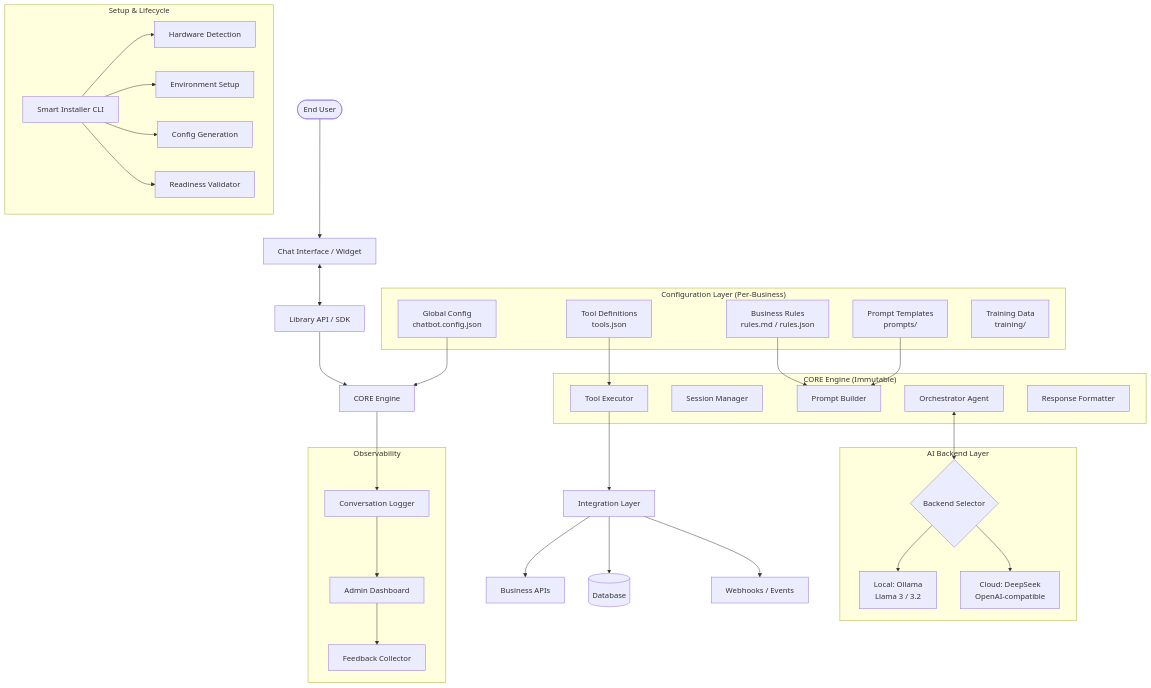
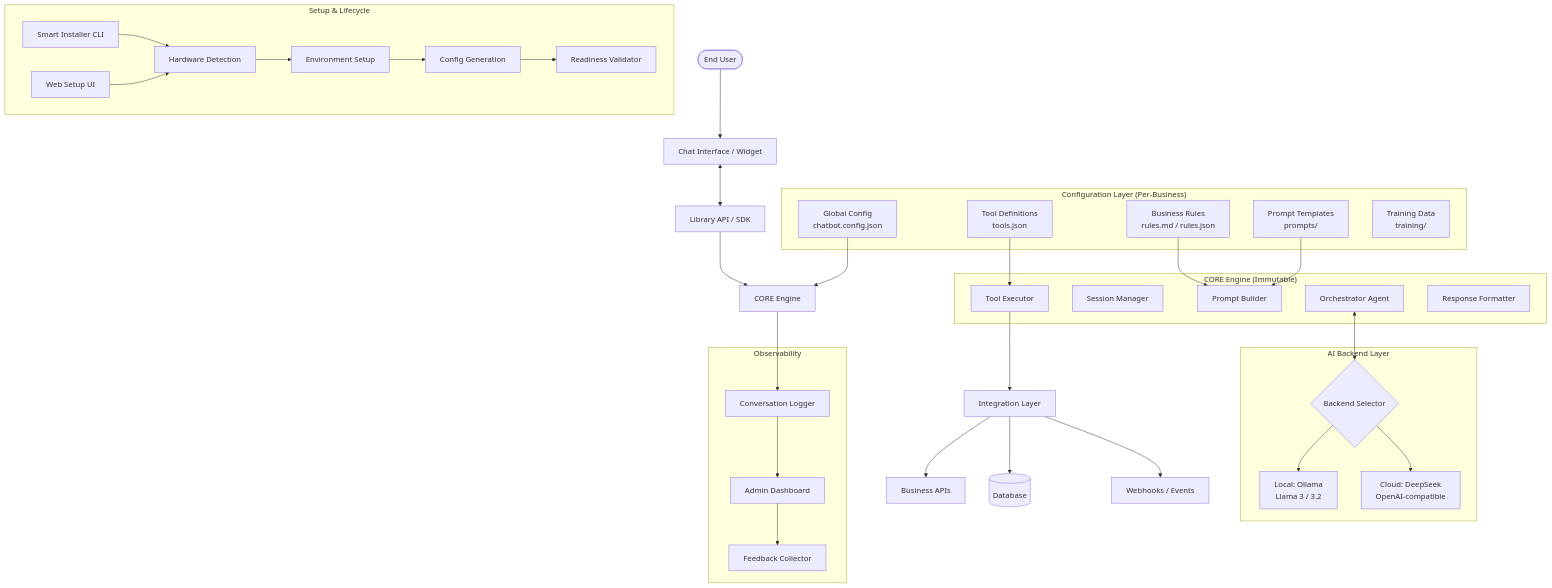
Before and after one commit to MarvinQuevedo/chatbot_ia_lib: the first of 5 diagrams in docs/ARCHITECTURE.md, drawn with Mermaid. The commit also changed other lines of this file and 4 other files, not shown here.

Commit message:
feat: Introduce a web-based setup UI and refactor the installer to support both CLI and web-based initialization.

````diff
--- a/docs/ARCHITECTURE.md
+++ b/docs/ARCHITECTURE.md
@@ -14,58 +14,62 @@
 ```mermaid
 graph TD
     User([End User]) --> UI[Chat Interface / Widget]
     UI <--> API[Library API / SDK]
     
     API --> Core[CORE Engine]
     
     subgraph "CORE Engine (Immutable)"
         Orchestrator[Orchestrator Agent]
         SessionMgr[Session Manager]
         PromptBuilder[Prompt Builder]
         ToolExecutor[Tool Executor]
         ResponseFormatter[Response Formatter]
     end
     
     subgraph "Configuration Layer (Per-Business)"
         Rules[Business Rules<br/>rules.md / rules.json]
         Tools[Tool Definitions<br/>tools.json]
         Prompts[Prompt Templates<br/>prompts/]
         Config[Global Config<br/>chatbot.config.json]
         Training[Training Data<br/>training/]
     end
     
     Config --> Core
     Rules --> PromptBuilder
     Prompts --> PromptBuilder
     Tools --> ToolExecutor
     
     subgraph "AI Backend Layer"
         Selector{Backend Selector}
         Selector --> Ollama[Local: Ollama<br/>Llama 3 / 3.2]
         Selector --> Cloud[Cloud: DeepSeek<br/>OpenAI-compatible]
     end
     
     Orchestrator <--> Selector
     ToolExecutor --> Integration[Integration Layer]
     Integration --> BizAPI[Business APIs]
     Integration --> DB[(Database)]
     Integration --> Webhooks[Webhooks / Events]
     
     subgraph "Setup & Lifecycle"
-        Installer[Smart Installer CLI]
-        Installer --> HWDetect[Hardware Detection]
-        Installer --> EnvSetup[Environment Setup]
-        Installer --> ConfigGen[Config Generation]
-        Installer --> Validator[Readiness Validator]
+        InstallerCLI[Smart Installer CLI]
+        InstallerWeb[Web Setup UI]
+        
+        InstallerCLI --> HWDetect[Hardware Detection]
+        InstallerWeb --> HWDetect
+        
+        HWDetect --> EnvSetup[Environment Setup]
+        EnvSetup --> ConfigGen[Config Generation]
+        ConfigGen --> Validator[Readiness Validator]
     end
     
     subgraph "Observability"
         Logger[Conversation Logger]
         Dashboard[Admin Dashboard]
         Feedback[Feedback Collector]
     end
     
     Core --> Logger
     Logger --> Dashboard
     Dashboard --> Feedback
 ```
````
